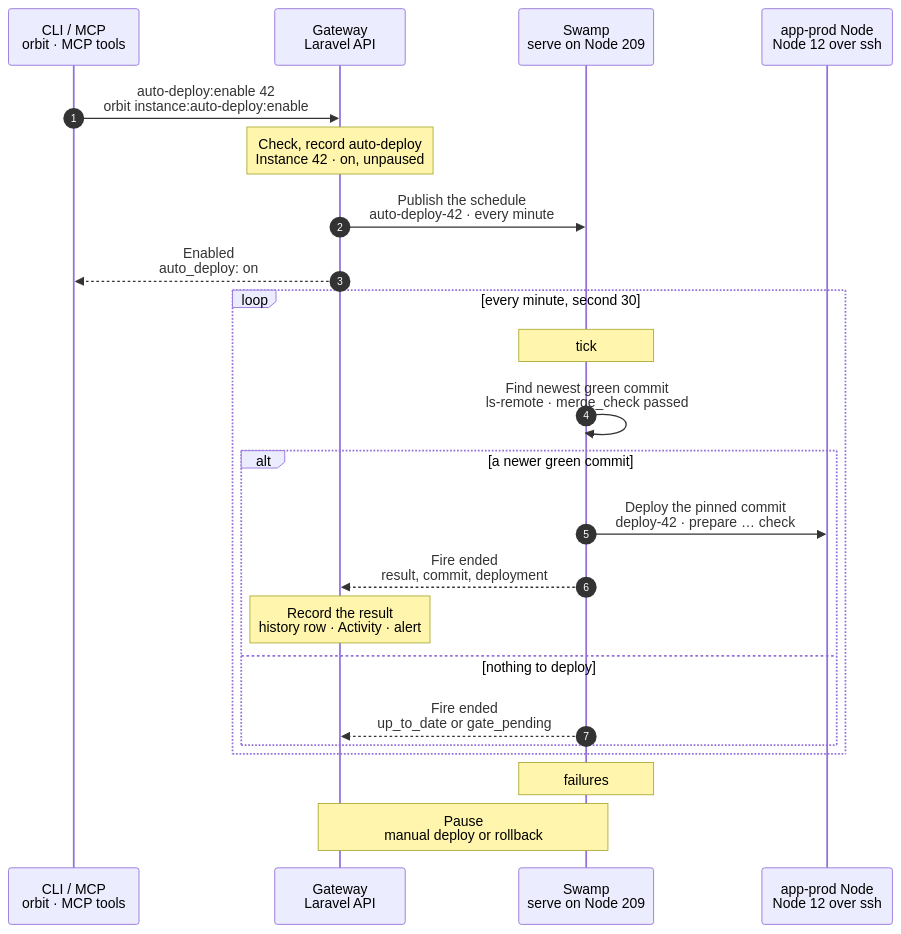
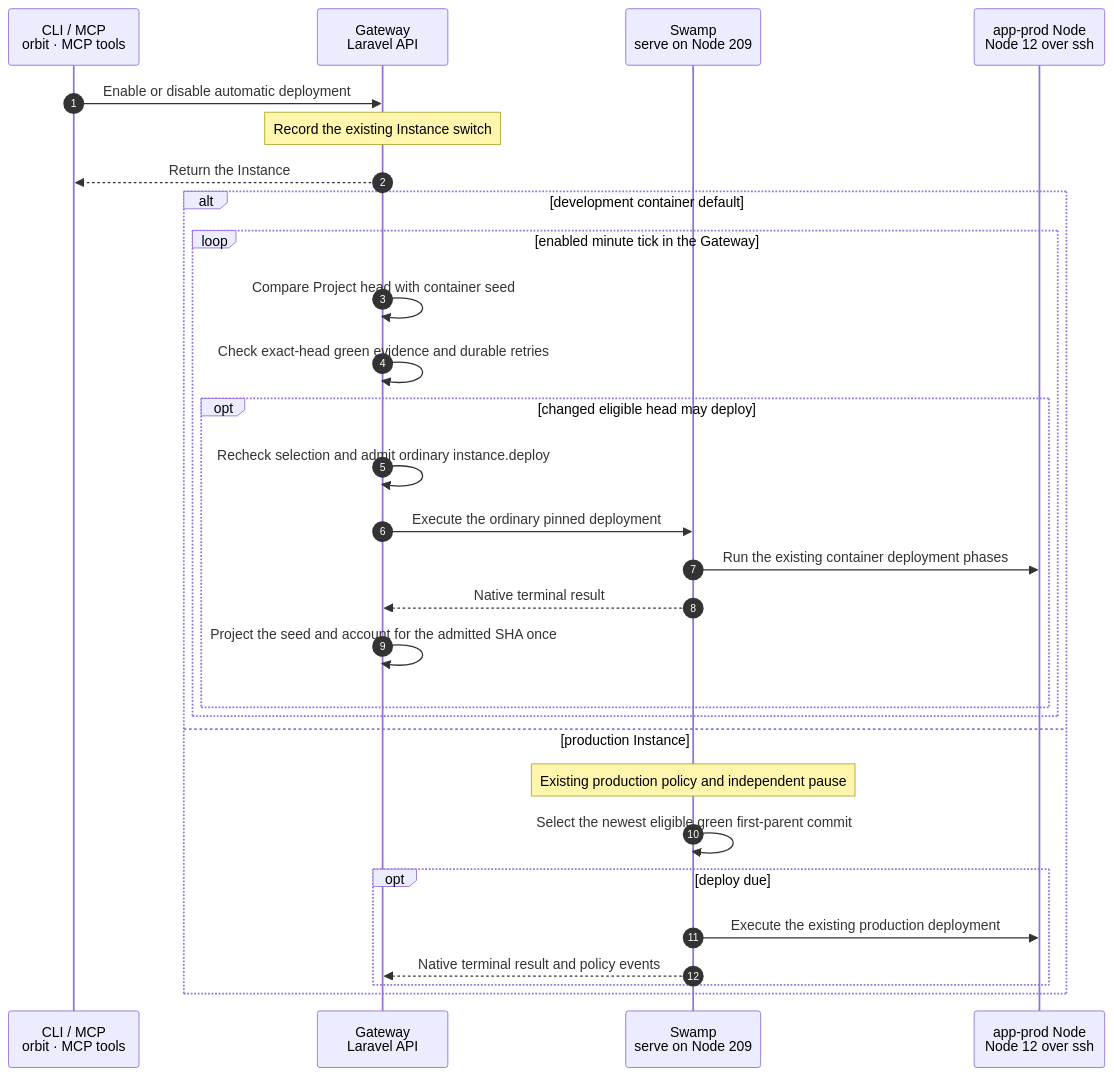
The diagram in docs/cli/instance/auto-deploy.mmd (hardimpactdev/orbit), drawn with Mermaid before and after one commit. The commit also changed 7 other files, not shown here.

Commit message:
docs: move development auto-deploy decisions to the Gateway

```diff
--- a/docs/cli/instance/auto-deploy.mmd
+++ b/docs/cli/instance/auto-deploy.mmd
@@ -1,94 +1,53 @@
 sequenceDiagram
   %% Target design: DECISIONS 3 (automatic deploy = Gateway-published native schedule, no POST back), R1-R2, ADR 0244, behavior names by target. Replaces instance.policy_event. docs/reference/deployments.md#automatic-deployments.
   %% Tightened: flow-tighten 2026-11-02, rules 3, 5 (no per-minute Node read: the schedule inputs carry the deployed commit, and the Gateway republishes them on each deploy).
   %% status: reviewed
   %% command: instance:auto-deploy:enable · Automatic deploys
   %% kind: instance.auto_deploy
   autonumber
   %% lane CLI icon=terminal pill=caller tone=gray
   %% lane GW icon=gateway pill=intent tone=blue
   %% lane SW icon=workflow pill=executes tone=green
   %% lane N icon=server pill=target tone=amber
   participant CLI as CLI / MCP<br/>orbit · MCP tools
   participant GW as Gateway<br/>Laravel API
   participant SW as Swamp<br/>serve on Node 209
   participant N as app-prod Node<br/>Node 12 over ssh
-  CLI->>GW: auto-deploy:enable 42<br/>orbit instance:auto-deploy:enable
-  %%> Command:
-  %%> - `orbit instance:auto-deploy:enable 42`
-  %%> - syntax: `<instance>`; `instance:auto-deploy:disable <instance>` turns it off
-  %%> What it does:
-  %%> - turns automatic deployment on for production Instance 42
-  %%> - also resumes an Instance that a manual deploy or rollback paused
-  %%> Not included:
-  %%> - deploys nothing now and changes nothing on the Node
-  %%> Typical use:
-  %%> - a production Instance follows `main`: merge a PR, CI turns green, the next fire deploys it
-  Note over GW: Check, record auto-deploy<br/>Instance 42 · on, unpaused
+  CLI->>GW: Enable or disable automatic deployment
+  Note over GW: Record the existing Instance switch
   %%> Requirements:
-  %%> - your Node has an access grant to Node 12
-  %%> - Instance 42 is an active production Instance; before its first succeeded deployment the check reports `not_deployed`
-  %%> - when the Project has a `merge_check`, the GitHub App can read its check runs
-  %%> Result:
-  %%> - auto-deploy recorded as on and unpaused
-  GW->>SW: Publish the schedule<br/>auto-deploy-42 · every minute
-  %%> What it does:
-  %%> - publishes one native Swamp schedule for Instance 42
-  %%> Inputs:
-  %%> - branch, `merge_check`, blocked commits, retry times
-  %%> - the deployed commit; the Gateway republishes the inputs after each deploy or rollback
-  %%> - vault key names for the read token; the Gateway keeps the token fresh in the vault
-  %%> Why:
-  %%> - the run has everything it needs; it never calls the Gateway
-  GW-->>CLI: Enabled<br/>auto_deploy: on
-  %%> What you get:
-  %%> - the Instance with auto-deploy on, at once
-  %%> - no task: publishing the schedule is part of the command
-  loop every minute, second 30
-    Note over SW: tick
-    %%> Native policy producer:
-    %%> - the retained fleet policy selects work and produces the complete event receipt
-    SW->>SW: Find newest green commit<br/>ls-remote · merge_check passed
-    %%> What it does:
-    %%> - reads the branch head with `git ls-remote`
-    %%> - walks first-parent history to the newest commit whose `merge_check` passed
-    %%> - skips blocked commits and commits whose retry isn't due
-    %%> Not included:
-    %%> - never deploys a red or pending commit
-    %%> - compares with the deployed commit from the inputs; no SSH to the production Node each minute
-    alt a newer green commit
-      SW->>N: Deploy the pinned commit<br/>deploy-42 · prepare … check
+  %%> - production retains its existing eligibility and pause contract
+  %%> - development requires an active ready container default on an active app-dev Node
+  %%> - checkout Instances and clones are never selected for development auto-deploy
+  GW-->>CLI: Return the Instance
+  alt development container default
+    loop enabled minute tick in the Gateway
+      GW->>GW: Compare Project head with container seed
       %%> What it does:
-      %%> - the same steps as `instance:deploy`, pinned to the commit
-      %%> - behavior `deploy-42`: one lock per Instance, so a manual deploy and a fire never overlap
-      SW-->>GW: Fire ended<br/>result, commit, deployment
-      %%> Returns:
-      %%> - the result (`started`, `failed`, `gate_failed`, …), the commit and the deployment outputs
-      Note over GW: Record the result<br/>history row · Activity · alert
-      %%> Result:
-      %%> - a deployment history row with origin `automatic`
-      %%> - one Activity entry `auto_deploy.<result>` when the result changes
-      %%> - a release alert for a failed deploy, a stalled commit or a pause
-      %%> On failure:
-      %%> - the commit is blocked, or gets a retry time (10, then 20 minutes)
-      %%> - the Gateway republishes the schedule with the new inputs
-    else nothing to deploy
-      SW-->>GW: Fire ended<br/>up_to_date or gate_pending
-      %%> Result:
-      %%> - the Gateway updates the last result shown by `instance:show`
-      %%> - no history row, no Activity entry
+      %%> - reuse one remote head read per eligible Project
+      %%> - unchanged defaults start no Swamp work
+      GW->>GW: Check exact-head green evidence and durable retries
+      %%> Rules:
+      %%> - re-read the configured check for the exact SHA; missing or pending evidence never deploys
+      %%> - retry after ten then twenty minutes; a third failure stops that SHA
+      %%> - disabling and enabling keeps failures; manual development deployment resets them
+      opt changed eligible head may deploy
+        GW->>GW: Recheck selection and admit ordinary instance.deploy
+        %%> Rules:
+        %%> - recheck the flag, placement, readiness, seed and configured check under the Instance lock
+        %%> - a queued, running or waiting Operation holds the Instance
+        %%> - record the admitted SHA atomically; no Swamp development checkpoint or policy run
+        GW->>SW: Execute the ordinary pinned deployment
+        SW->>N: Run the existing container deployment phases
+        SW-->>GW: Native terminal result
+        GW->>GW: Project the seed and account for the admitted SHA once
+      end
+    end
+  else production Instance
+    Note over SW: Existing production policy and independent pause
+    SW->>SW: Select the newest eligible green first-parent commit
+    opt deploy due
+      SW->>N: Execute the existing production deployment
+      SW-->>GW: Native terminal result and policy events
     end
   end
-  Note over SW: failures
-  %%> Native end check:
-  %%> - the policy producer records zero failures on success
-  %%> - the Gateway captures its full fire_json in the same terminal history read, including events from a failed fire
-  %%> - no reporting shell forwards or prints the receipt
-  Note over GW,SW: Pause<br/>manual deploy or rollback
-  %%> What it does:
-  %%> - a manual `instance:deploy` or `instance:rollback` pauses auto-deploy
-  %%> - the Gateway removes the schedule's trigger; no fire runs
-  %%> Resume:
-  %%> - `orbit instance:auto-deploy:enable 42` publishes it again
-  %%> Disable:
-  %%> - `orbit instance:auto-deploy:disable 42` removes the schedule
```
